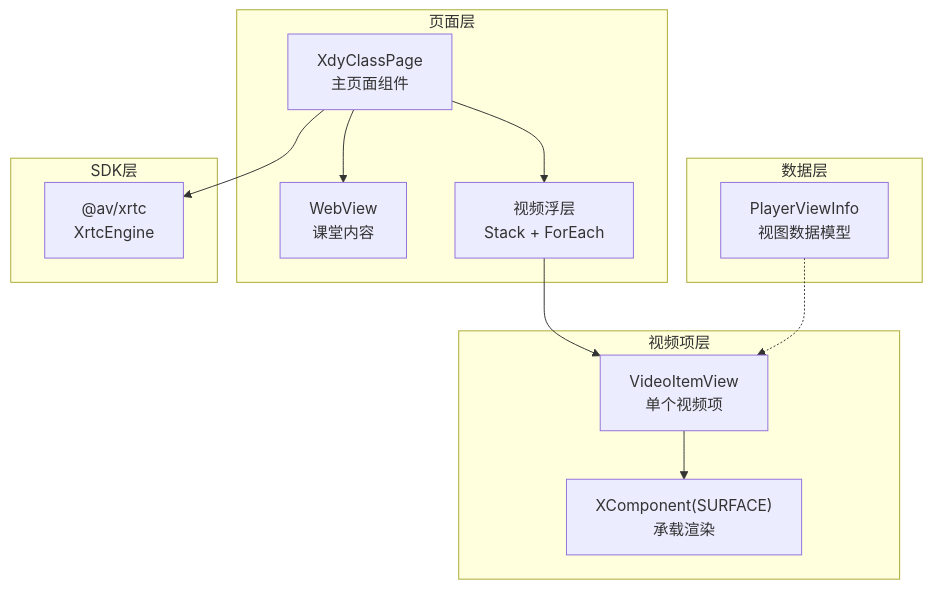
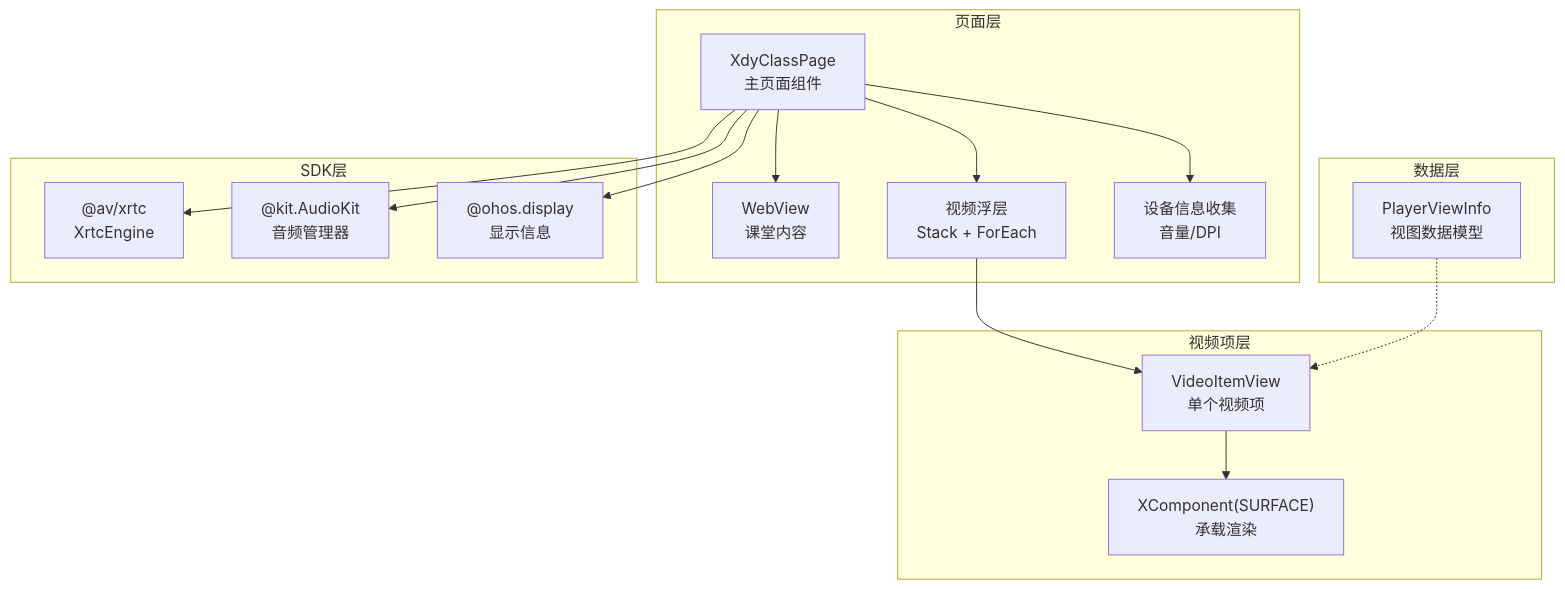
The first of 8 diagrams in .qoder/repowiki/zh/content/主要功能模块/视频渲染系统.md (huz1xuan/harmony_XDY), drawn with Mermaid before and after one commit. The commit also changed other lines of this file and 15 other files, not shown here.

````diff
--- a/.qoder/repowiki/zh/content/主要功能模块/视频渲染系统.md
+++ b/.qoder/repowiki/zh/content/主要功能模块/视频渲染系统.md
@@ -40,24 +43,30 @@
 ```mermaid
 graph TB
 subgraph "页面层"
 XdyClassPage["XdyClassPage<br/>主页面组件"]
 WebView["WebView<br/>课堂内容"]
 VideoLayer["视频浮层<br/>Stack + ForEach"]
+DeviceInfo["设备信息收集<br/>音量/DPI"]
 end
 subgraph "视频项层"
 VideoItemView["VideoItemView<br/>单个视频项"]
 XComp["XComponent(SURFACE)<br/>承载渲染"]
 end
 subgraph "数据层"
 PlayerViewInfo["PlayerViewInfo<br/>视图数据模型"]
 end
 subgraph "SDK层"
 Agora["@av/xrtc<br/>XrtcEngine"]
+AudioKit["@kit.AudioKit<br/>音频管理器"]
+Display["@ohos.display<br/>显示信息"]
 end
 XdyClassPage --> WebView
 XdyClassPage --> VideoLayer
+XdyClassPage --> DeviceInfo
 VideoLayer --> VideoItemView
 VideoItemView --> XComp
 XdyClassPage --> Agora
+XdyClassPage --> AudioKit
+XdyClassPage --> Display
 PlayerViewInfo -.-> VideoItemView
 ```
````
